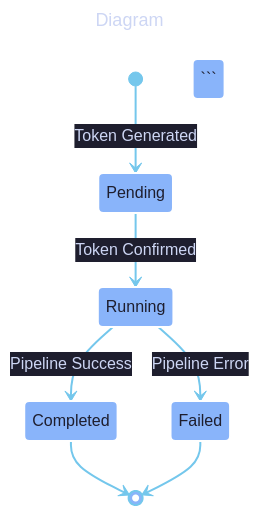
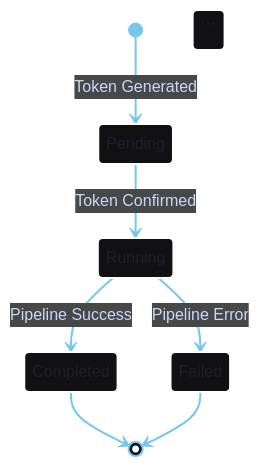
Before and after one commit to s-a-c/samples-20260717: the third of 3 diagrams in docs/12-design/1202-data-model.md, drawn with Mermaid. The commit also changed other lines of this file and 2157 other files, not shown here.

`````diff
--- a/docs/12-design/1202-data-model.md
+++ b/docs/12-design/1202-data-model.md
@@ -233,41 +172,21 @@
 ````mermaid
 ---
-title: Diagram
 config:
   theme: redux-dark-color
   themeVariables:
     background: "#1e1e2e"
     primaryColor: "#89b4fa"
     primaryTextColor: "#1e1e2e"
     primaryBorderColor: "#74c7ec"
     lineColor: "#74c7ec"
-    secondaryColor: "#cba6f7"
-    secondaryTextColor: "#1e1e2e"
-    secondaryBorderColor: "#b4befe"
-    tertiaryColor: "#94e2d5"
-    tertiaryTextColor: "#1e1e2e"
-    tertiaryBorderColor: "#89dceb"
-    mainBkg: "#89b4fa"
-    secondBkg: "#cba6f7"
-    tertiaryBkg: "#94e2d5"
     textColor: "#cdd6f4"
-    nodeBorder: "#74c7ec"
-    clusterBkg: "#313244"
-    clusterBorder: "#b4befe"
-    edgeLabelBackground: "#1e1e2e"
-    titleColor: "#cdd6f4"
     fontSize: 16px
-  themeCSS: |
-    .node rect, .node circle, .node ellipse, .node polygon, .node path { stroke-width: 2px !important; }
-    .edgePath .path { stroke-width: 2px !important; }
-    .label { font-weight: bold !important; }
-    .edgeLabel { background-color: #1e1e2e !important; }
 ---
 stateDiagram-v2
     [*] --> Pending: Token Generated
     Pending --> Running: Token Confirmed
     Running --> Completed: Pipeline Success
     Running --> Failed: Pipeline Error
     Completed --> [*]
     Failed --> [*]```
 ````
`````
